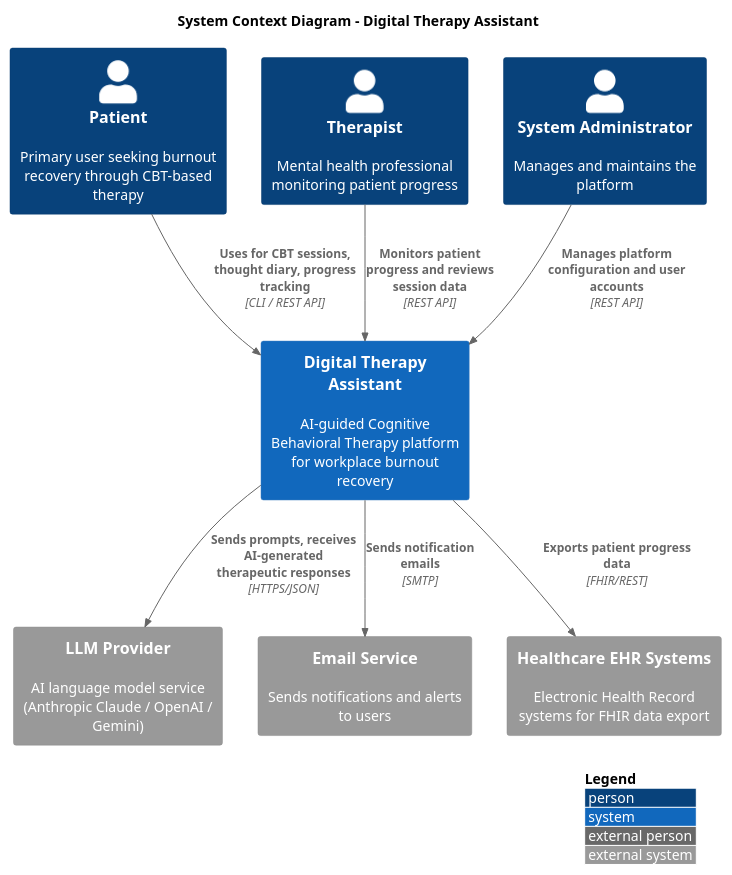
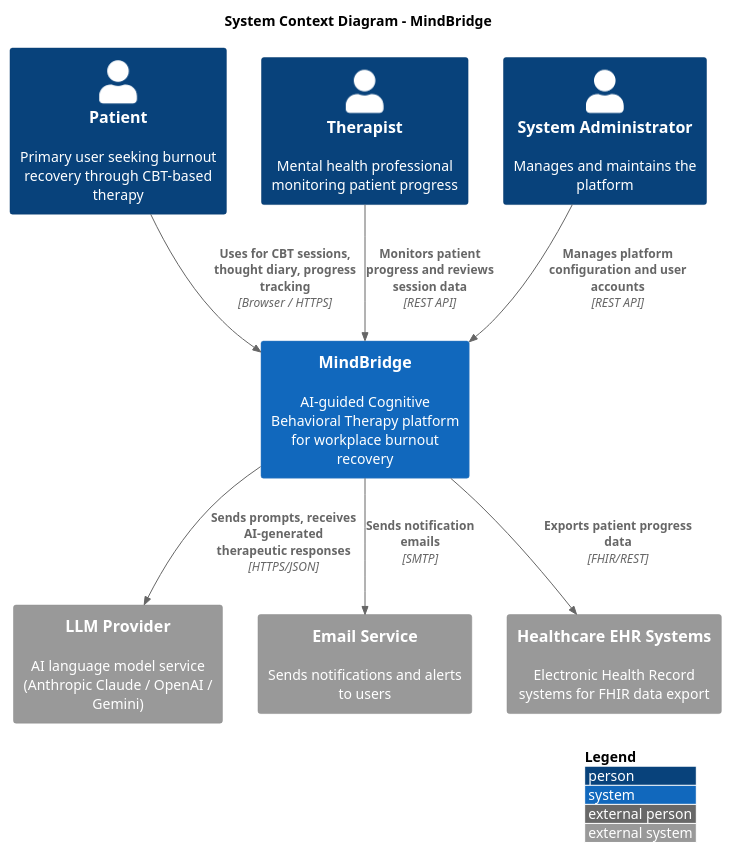
The diagram in docs/architecture/c4-context.puml (tlussier02/mindbridge), drawn with PlantUML before and after one commit. The commit also changed 30 other files, not shown here.

```diff
--- a/docs/architecture/c4-context.puml
+++ b/docs/architecture/c4-context.puml
@@ -1,26 +1,26 @@
 @startuml c4-context
 !include https://raw.githubusercontent.com/plantuml-stdlib/C4-PlantUML/master/C4_Context.puml
 
 LAYOUT_WITH_LEGEND()
 
-title System Context Diagram - Digital Therapy Assistant
+title System Context Diagram - MindBridge
 
 Person(patient, "Patient", "Primary user seeking burnout recovery through CBT-based therapy")
 Person(therapist, "Therapist", "Mental health professional monitoring patient progress")
 Person(admin, "System Administrator", "Manages and maintains the platform")
 
-System(dta, "Digital Therapy Assistant", "AI-guided Cognitive Behavioral Therapy platform for workplace burnout recovery")
+System(dta, "MindBridge", "AI-guided Cognitive Behavioral Therapy platform for workplace burnout recovery")
 
 System_Ext(llm, "LLM Provider", "AI language model service (Anthropic Claude / OpenAI / Gemini)")
 System_Ext(email, "Email Service", "Sends notifications and alerts to users")
 System_Ext(ehr, "Healthcare EHR Systems", "Electronic Health Record systems for FHIR data export")
 
-Rel(patient, dta, "Uses for CBT sessions, thought diary, progress tracking", "CLI / REST API")
+Rel(patient, dta, "Uses for CBT sessions, thought diary, progress tracking", "Browser / HTTPS")
 Rel(therapist, dta, "Monitors patient progress and reviews session data", "REST API")
 Rel(admin, dta, "Manages platform configuration and user accounts", "REST API")
 
 Rel(dta, llm, "Sends prompts, receives AI-generated therapeutic responses", "HTTPS/JSON")
 Rel(dta, email, "Sends notification emails", "SMTP")
 Rel(dta, ehr, "Exports patient progress data", "FHIR/REST")
 
 @enduml
```
